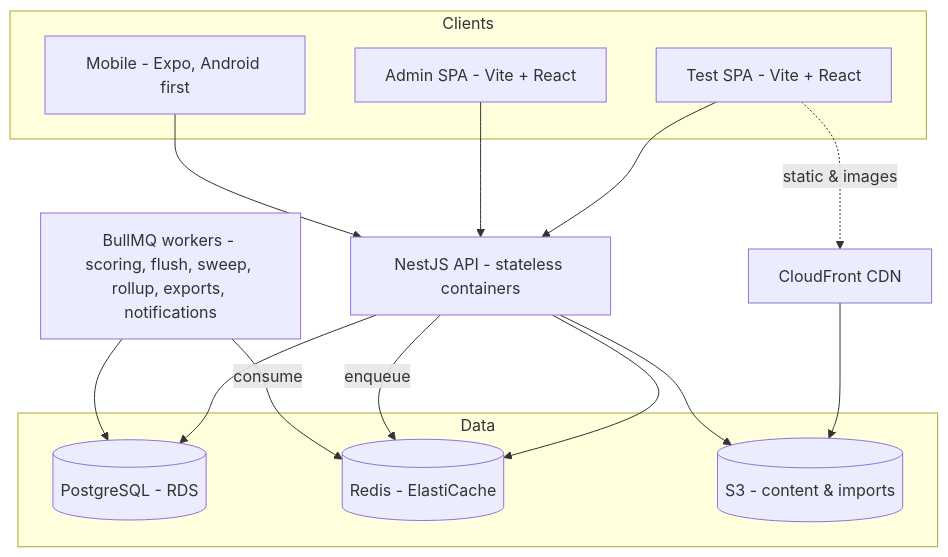
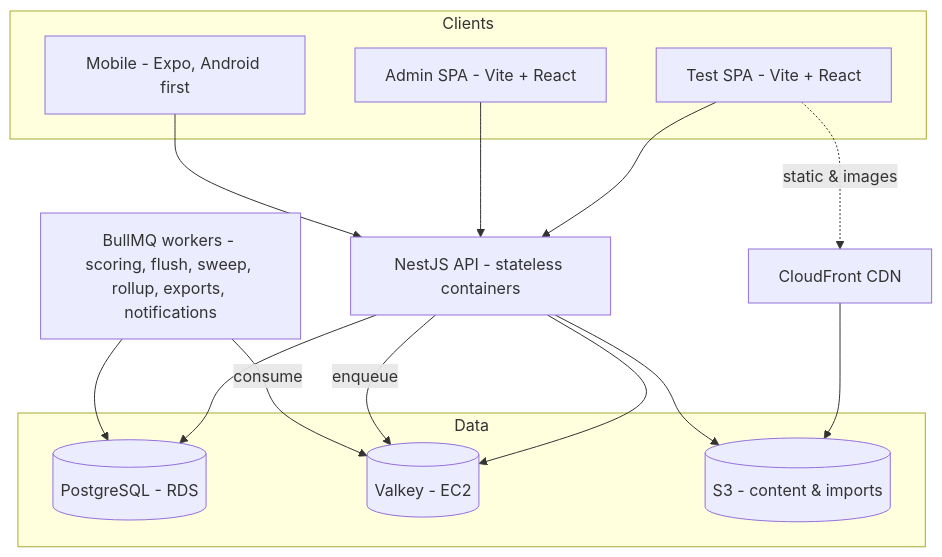
The diagram in docs/01-architecture.md (Indian-Academy-of-Competitive-Exams/iace-exam-portal), drawn with Mermaid before and after one commit. The commit also changed other lines of this file and 5 other files, not shown here.

````diff
--- a/docs/01-architecture.md
+++ b/docs/01-architecture.md
@@ -131,32 +143,32 @@
 ```mermaid
 flowchart TB
     subgraph Clients
         TW[Test SPA - Vite + React]
         AW[Admin SPA - Vite + React]
         MOB[Mobile - Expo, Android first]
     end
 
     CF[CloudFront CDN]
     API[NestJS API - stateless containers]
     WK[BullMQ workers - scoring, flush, sweep, rollup, exports, notifications]
 
     subgraph Data
         PG[(PostgreSQL - RDS)]
-        RD[(Redis - ElastiCache)]
+        RD[(Valkey - EC2)]
         S3[(S3 - content & imports)]
     end
 
     TW --> API
     AW --> API
     MOB --> API
     TW -. static & images .-> CF
     CF --> S3
 
     API --> PG
     API --> RD
     API --> S3
 
     API -- enqueue --> RD
     WK -- consume --> RD
     WK --> PG
 ```
````
